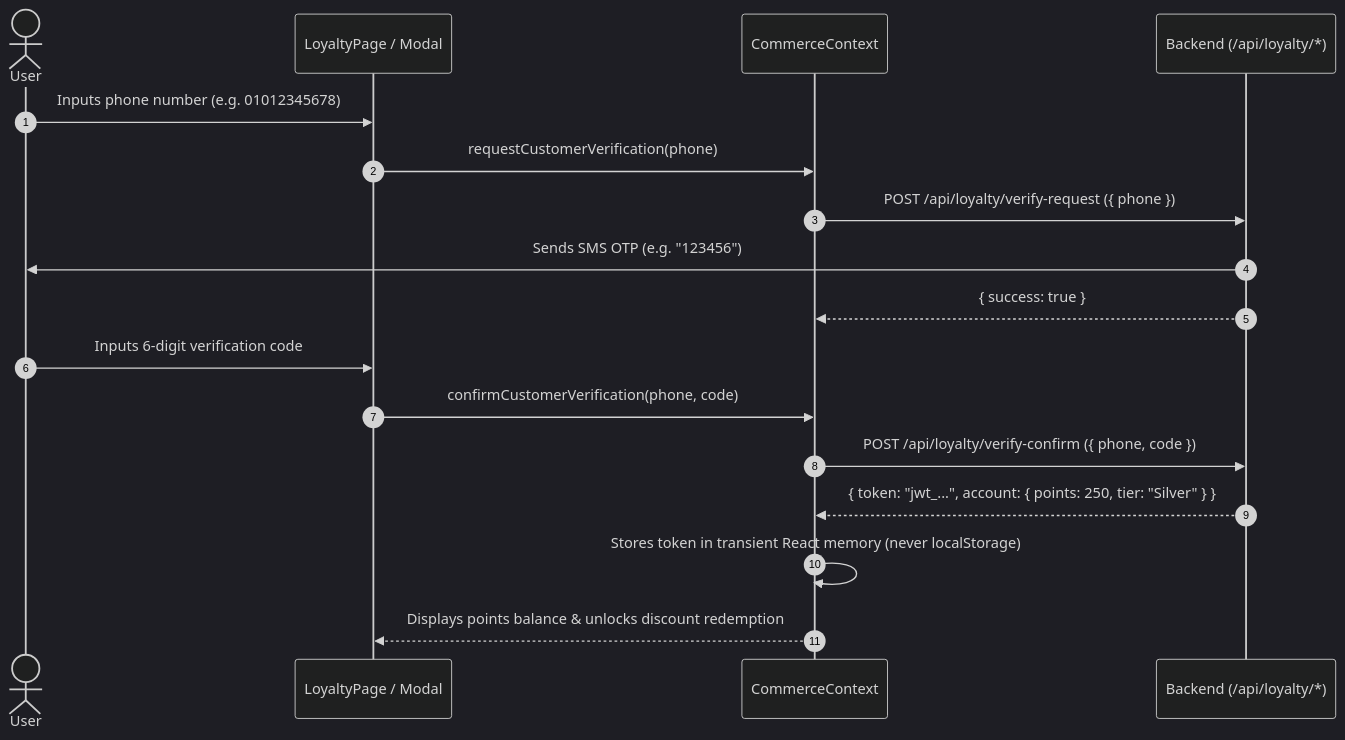
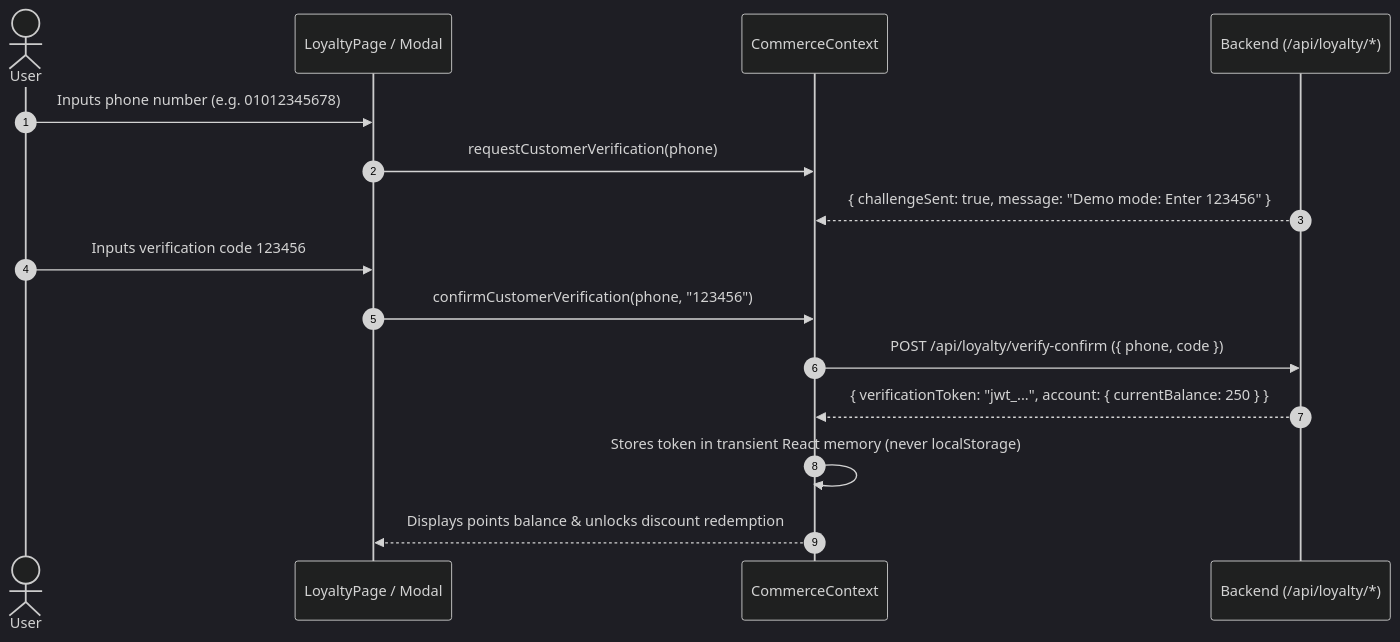
Before and after one commit to gamalwessam21/TryOnStudio: the eighth of 11 diagrams in README.md, drawn with Mermaid (dark theme). The commit also changed other lines of this file, not shown here.

Commit message:
docs: update README with verified architecture and project structure

````diff
--- a/README.md
+++ b/README.md
@@ -969,20 +444,18 @@
 ```mermaid
 sequenceDiagram
     autonumber
     actor User
     participant Modal as LoyaltyPage / Modal
     participant CommCtx as CommerceContext
     participant Backend as Backend (/api/loyalty/*)
 
     User->>Modal: Inputs phone number (e.g. 01012345678)
     Modal->>CommCtx: requestCustomerVerification(phone)
-    CommCtx->>Backend: POST /api/loyalty/verify-request ({ phone })
-    Backend->>User: Sends SMS OTP (e.g. "123456")
-    Backend-->>CommCtx: { success: true }
-    User->>Modal: Inputs 6-digit verification code
-    Modal->>CommCtx: confirmCustomerVerification(phone, code)
+    Backend-->>CommCtx: { challengeSent: true, message: "Demo mode: Enter 123456" }
+    User->>Modal: Inputs verification code 123456
+    Modal->>CommCtx: confirmCustomerVerification(phone, "123456")
     CommCtx->>Backend: POST /api/loyalty/verify-confirm ({ phone, code })
-    Backend-->>CommCtx: { token: "jwt_...", account: { points: 250, tier: "Silver" } }
+    Backend-->>CommCtx: { verificationToken: "jwt_...", account: { currentBalance: 250 } }
     CommCtx->>CommCtx: Stores token in transient React memory (never localStorage)
     CommCtx-->>Modal: Displays points balance & unlocks discount redemption
 ```
````
